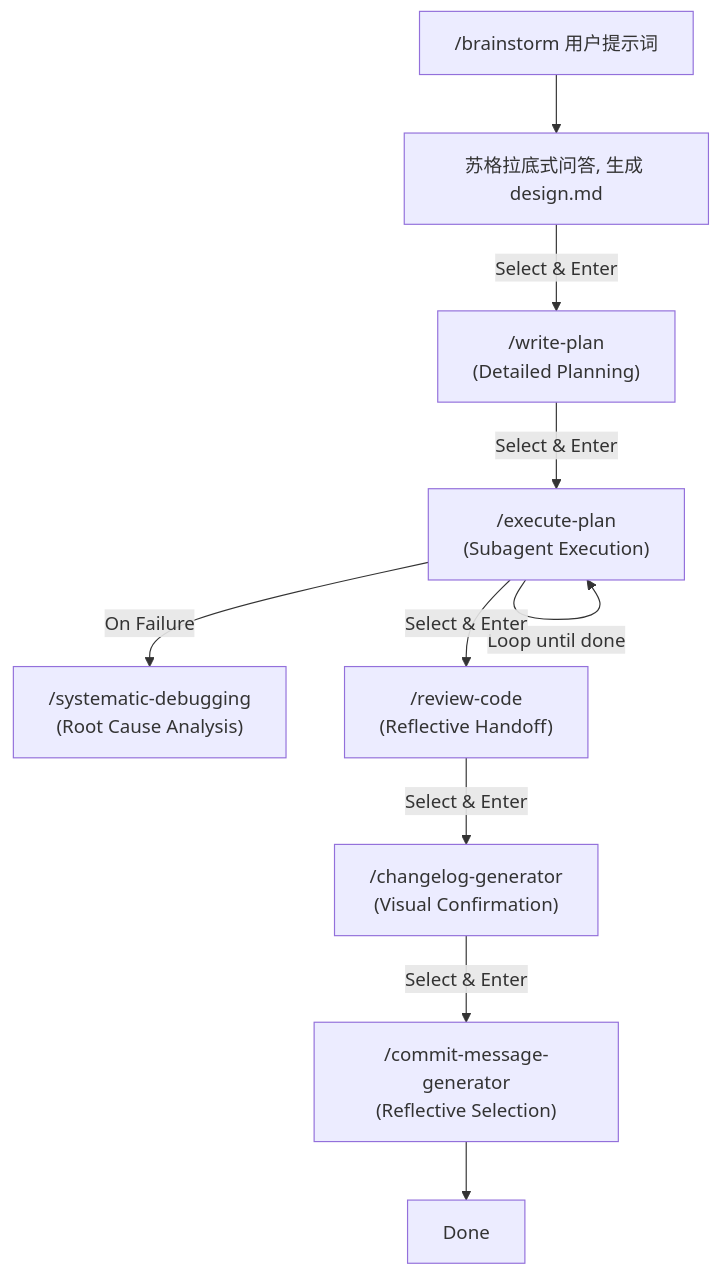
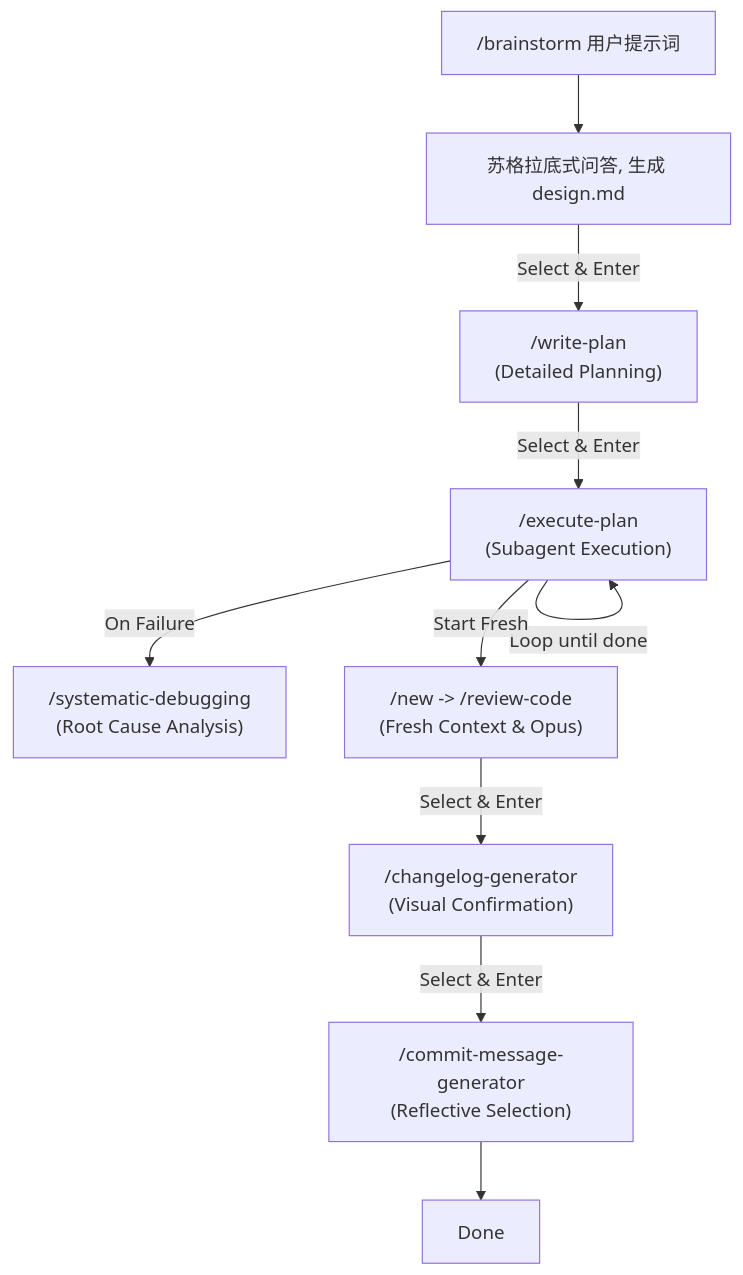
Before and after one commit to zzpwestlife/learn-claude-code: the diagram in README.md, drawn with Mermaid. The commit also changed 2 other files, not shown here.

Commit message:
使用不同的模型在 New Session Review 代码

````diff
--- a/README.md
+++ b/README.md
@@ -78,12 +78,12 @@
 ```mermaid
 graph TD
     Start["/brainstorm 用户提示词"] --> Optimize["苏格拉底式问答, 生成 design.md"]
     Optimize -->|Select & Enter| Plan["/write-plan<br/>(Detailed Planning)"]
     Plan -->|Select & Enter| Execute["/execute-plan<br/>(Subagent Execution)"]
     Execute -->|Loop until done| Execute
     Execute -->|On Failure| Debug["/systematic-debugging<br/>(Root Cause Analysis)"]
-    Execute -->|Select & Enter| Review["/review-code<br/>(Reflective Handoff)"]
+    Execute -->|Start Fresh| Review["/new -> /review-code<br/>(Fresh Context & Opus)"]
     Review -->|Select & Enter| Changelog["/changelog-generator<br/>(Visual Confirmation)"]
     Changelog -->|Select & Enter| Commit["/commit-message-generator<br/>(Reflective Selection)"]
     Commit --> Finish[Done]
 ```
````
